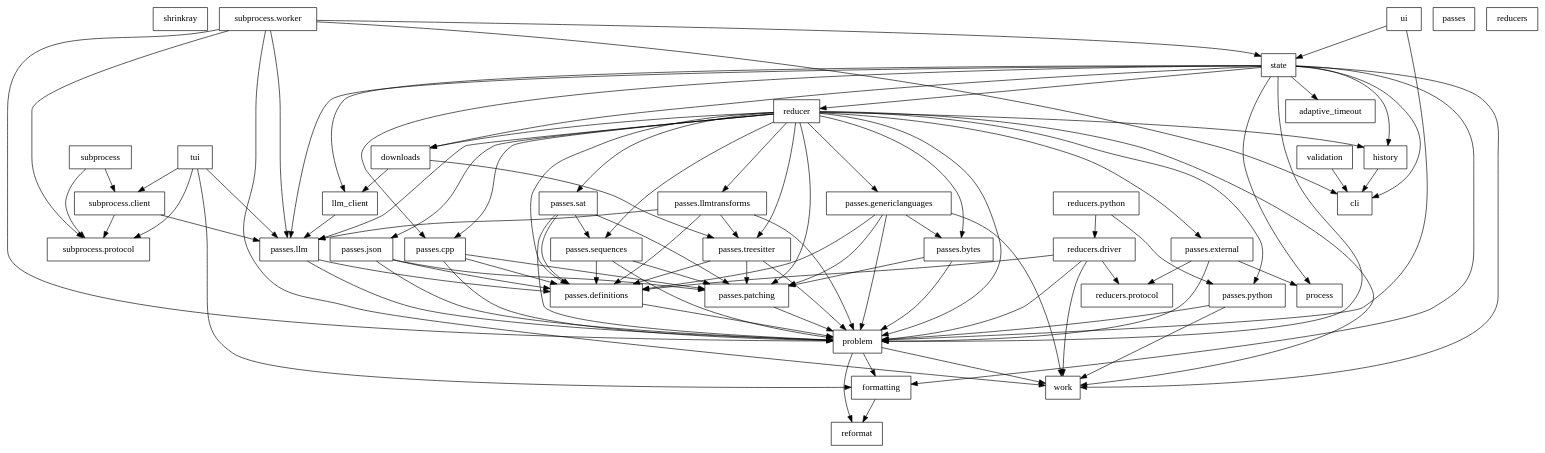
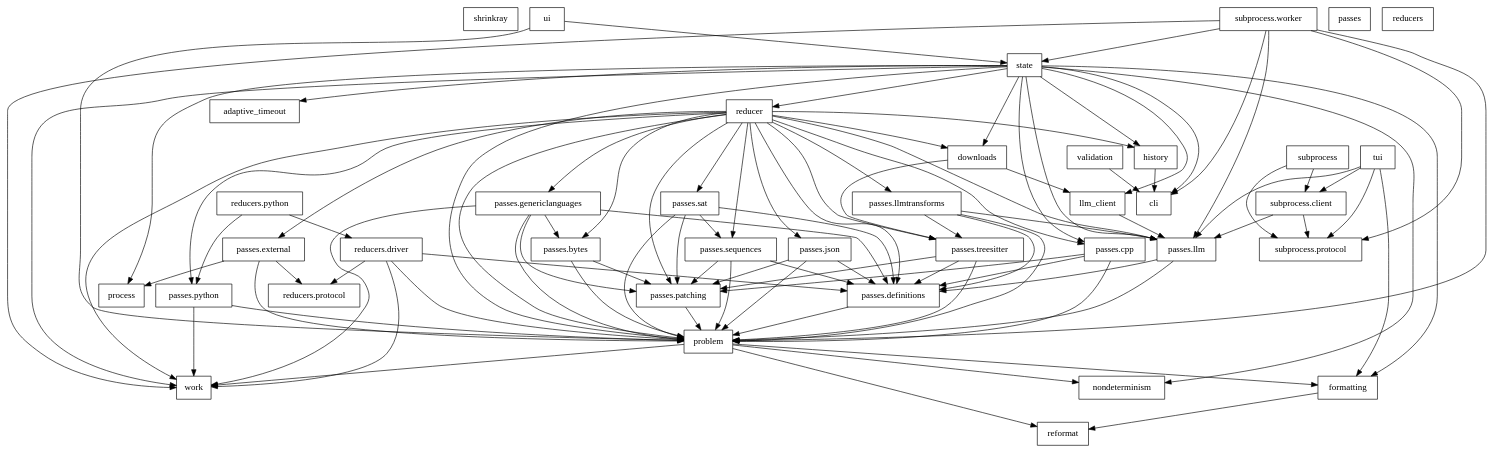
Before and after one commit to DRMacIver/shrinkray: the diagram in notes/import-graph.dot, drawn with Graphviz. The commit also changed 29 other files, not shown here.

```diff
--- a/notes/import-graph.dot
+++ b/notes/import-graph.dot
@@ -1,140 +1,143 @@
 digraph imports {
     rankdir=TB;
     node [shape=box];
 
     "shrinkray";
     "adaptive_timeout";
     "cli";
     "downloads";
     "formatting";
     "history";
     "llm_client";
+    "nondeterminism";
     "passes";
     "passes.bytes";
     "passes.cpp";
     "passes.definitions";
     "passes.external";
     "passes.genericlanguages";
     "passes.json";
     "passes.llm";
     "passes.llmtransforms";
     "passes.patching";
     "passes.python";
     "passes.sat";
     "passes.sequences";
     "passes.treesitter";
     "problem";
     "process";
     "reducer";
     "reducers";
     "reducers.driver";
     "reducers.protocol";
     "reducers.python";
     "reformat";
     "state";
     "subprocess";
     "subprocess.client";
     "subprocess.protocol";
     "subprocess.worker";
     "tui";
     "ui";
     "validation";
     "work";
 
     "downloads" -> "llm_client";
     "downloads" -> "passes.treesitter";
     "formatting" -> "reformat";
     "history" -> "cli";
     "llm_client" -> "passes.llm";
     "passes.bytes" -> "passes.patching";
     "passes.bytes" -> "problem";
     "passes.cpp" -> "passes.definitions";
     "passes.cpp" -> "passes.patching";
     "passes.cpp" -> "problem";
     "passes.definitions" -> "problem";
     "passes.external" -> "problem";
     "passes.external" -> "process";
     "passes.external" -> "reducers.protocol";
     "passes.genericlanguages" -> "passes.bytes";
     "passes.genericlanguages" -> "passes.definitions";
     "passes.genericlanguages" -> "passes.patching";
     "passes.genericlanguages" -> "problem";
     "passes.genericlanguages" -> "work";
     "passes.json" -> "passes.definitions";
     "passes.json" -> "passes.patching";
     "passes.json" -> "problem";
     "passes.llm" -> "passes.definitions";
     "passes.llm" -> "problem";
     "passes.llmtransforms" -> "passes.definitions";
     "passes.llmtransforms" -> "passes.llm";
     "passes.llmtransforms" -> "passes.treesitter";
     "passes.llmtransforms" -> "problem";
     "passes.patching" -> "problem";
     "passes.python" -> "problem";
     "passes.python" -> "work";
     "passes.sat" -> "passes.definitions";
     "passes.sat" -> "passes.patching";
     "passes.sat" -> "passes.sequences";
     "passes.sat" -> "problem";
     "passes.sequences" -> "passes.definitions";
     "passes.sequences" -> "passes.patching";
     "passes.sequences" -> "problem";
     "passes.treesitter" -> "passes.definitions";
     "passes.treesitter" -> "passes.patching";
     "passes.treesitter" -> "problem";
     "problem" -> "formatting";
+    "problem" -> "nondeterminism";
     "problem" -> "reformat";
     "problem" -> "work";
     "reducer" -> "downloads";
     "reducer" -> "history";
     "reducer" -> "passes.bytes";
     "reducer" -> "passes.cpp";
     "reducer" -> "passes.definitions";
     "reducer" -> "passes.external";
     "reducer" -> "passes.genericlanguages";
     "reducer" -> "passes.json";
     "reducer" -> "passes.llm";
     "reducer" -> "passes.llmtransforms";
     "reducer" -> "passes.patching";
     "reducer" -> "passes.python";
     "reducer" -> "passes.sat";
     "reducer" -> "passes.sequences";
     "reducer" -> "passes.treesitter";
     "reducer" -> "problem";
     "reducer" -> "work";
     "reducers.driver" -> "passes.definitions";
     "reducers.driver" -> "problem";
     "reducers.driver" -> "reducers.protocol";
     "reducers.driver" -> "work";
     "reducers.python" -> "passes.python";
     "reducers.python" -> "reducers.driver";
     "state" -> "adaptive_timeout";
     "state" -> "cli";
     "state" -> "downloads";
     "state" -> "formatting";
     "state" -> "history";
     "state" -> "llm_client";
+    "state" -> "nondeterminism";
     "state" -> "passes.cpp";
     "state" -> "passes.llm";
     "state" -> "problem";
     "state" -> "process";
     "state" -> "reducer";
     "state" -> "work";
     "subprocess" -> "subprocess.client";
     "subprocess" -> "subprocess.protocol";
     "subprocess.client" -> "passes.llm";
     "subprocess.client" -> "subprocess.protocol";
     "subprocess.worker" -> "cli";
     "subprocess.worker" -> "passes.llm";
     "subprocess.worker" -> "problem";
     "subprocess.worker" -> "state";
     "subprocess.worker" -> "subprocess.protocol";
     "subprocess.worker" -> "work";
     "tui" -> "formatting";
     "tui" -> "passes.llm";
     "tui" -> "subprocess.client";
     "tui" -> "subprocess.protocol";
     "ui" -> "problem";
     "ui" -> "state";
     "validation" -> "cli";
 }
```
